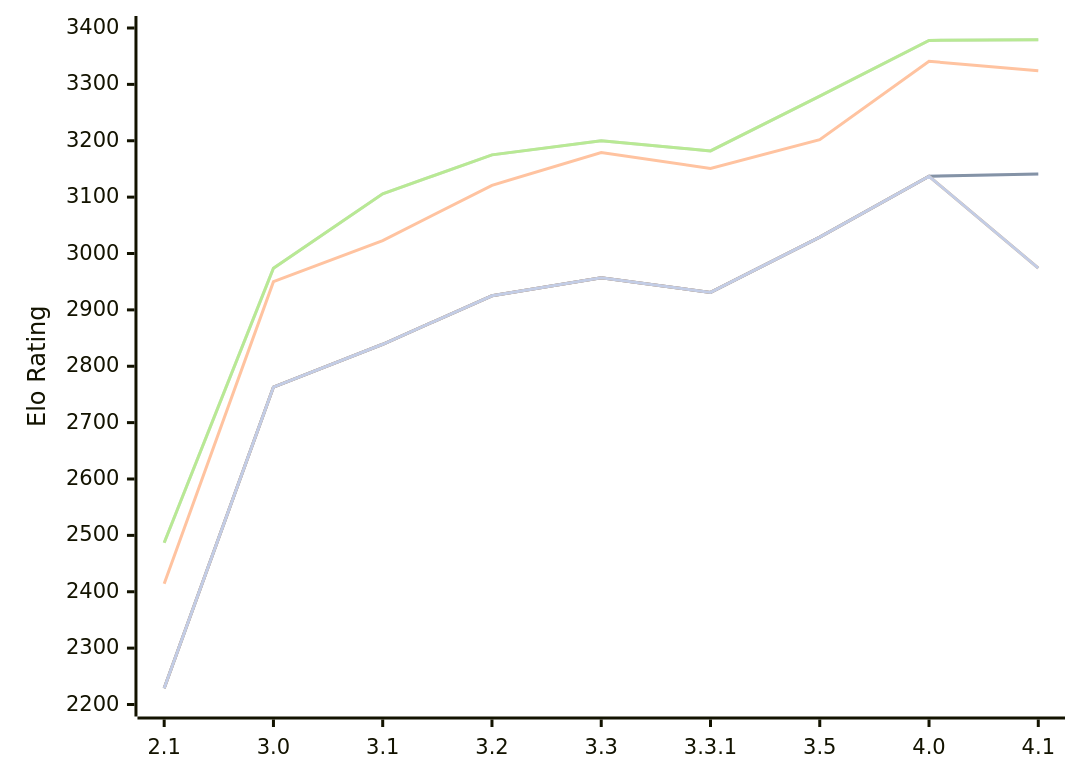
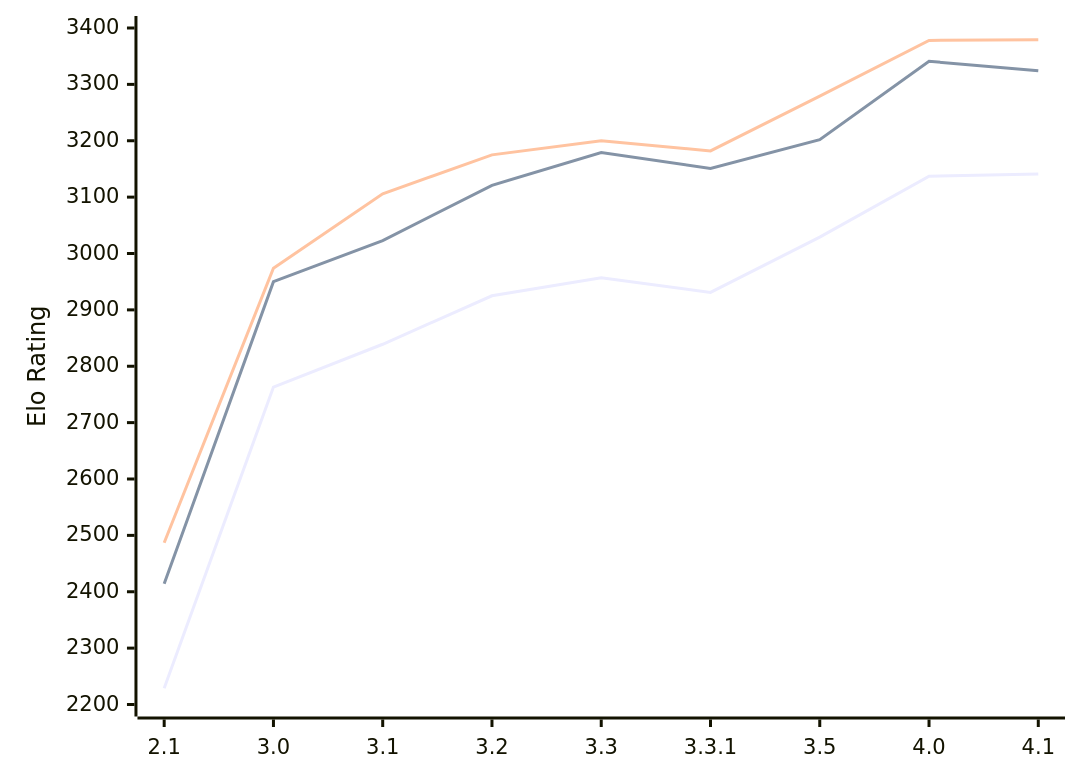
Before and after one commit to computer-chess-index/cci: the diagram in engines/Petrel.md, drawn with Mermaid. The commit also changed other lines of this file, not shown here.

````diff
--- a/engines/Petrel.md
+++ b/engines/Petrel.md
@@ -55,13 +55,9 @@
 ```mermaid
 %%{init: {"theme":"base","themeVariables":{"seriesColors:['#a3a3a3','#222221','#faa371']}}}%%
 xychart-beta
   x-axis ["2.1", "3.0", "3.1", "3.2", "3.3", "3.3.1", "3.5", "4.0", "4.1"]
   y-axis "Elo Rating" 2200 --> 3400
-  line "" [2229, 2763, 2839, 2925, 2957, 2931, 3029, 3137, 3141]
   line "T1: STC (8.0+0.08s)" [2229, 2763, 2839, 2925, 2957, 2931, 3029, 3137, 3141]
   line "T1: LTC (60.0+0.60s)" [2414, 2950, 3023, 3121, 3179, 3151, 3202, 3341, 3324]
-  line "" [2487, 2974, 3106, 3175, 3200, 3182, 3279, 3378, 3379]
   line "T1: VLTC (2m24s+1.12s)" [2487, 2974, 3106, 3175, 3200, 3182, 3279, 3378, 3379]
-  line "" [2229, 2763, 2839, 2925, 2957, 2931, 3029, 3137,2974]
-  line "E1: STC (8.0+0.08s)" [2229, 2763, 2839, 2925, 2957, 2931, 3029, 3137,2974]
 ```
````
